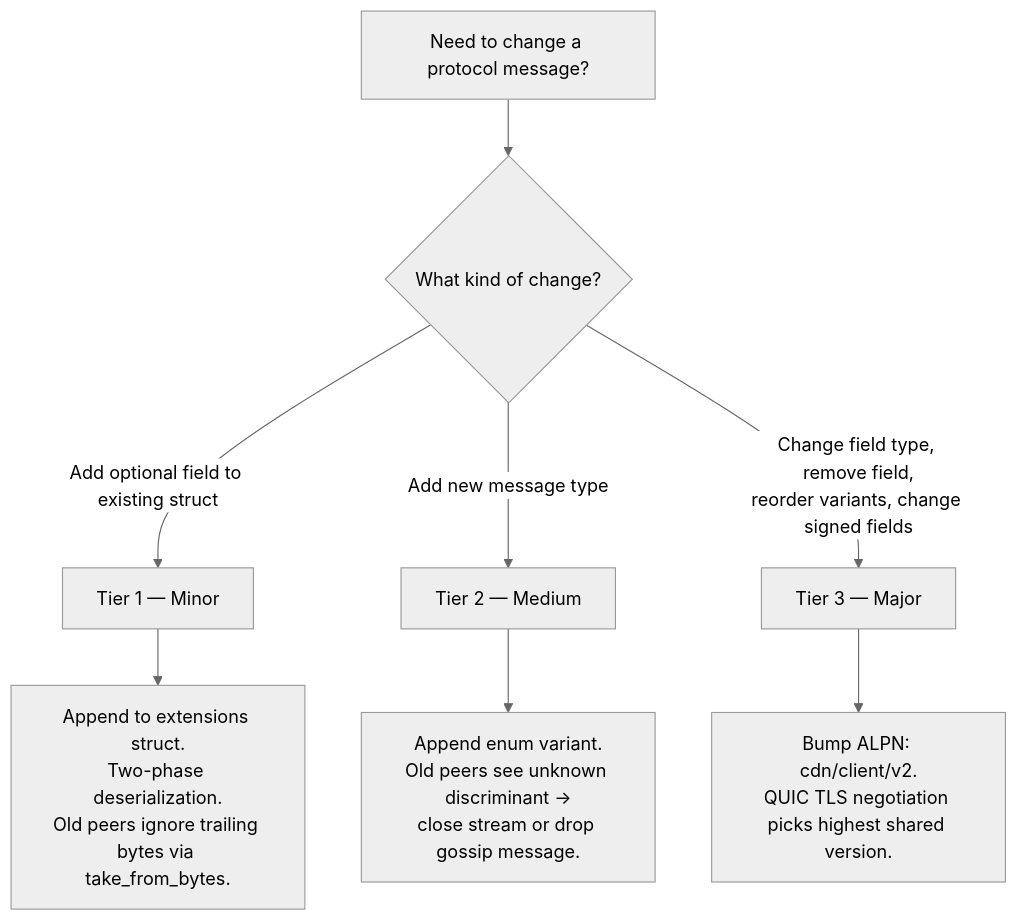
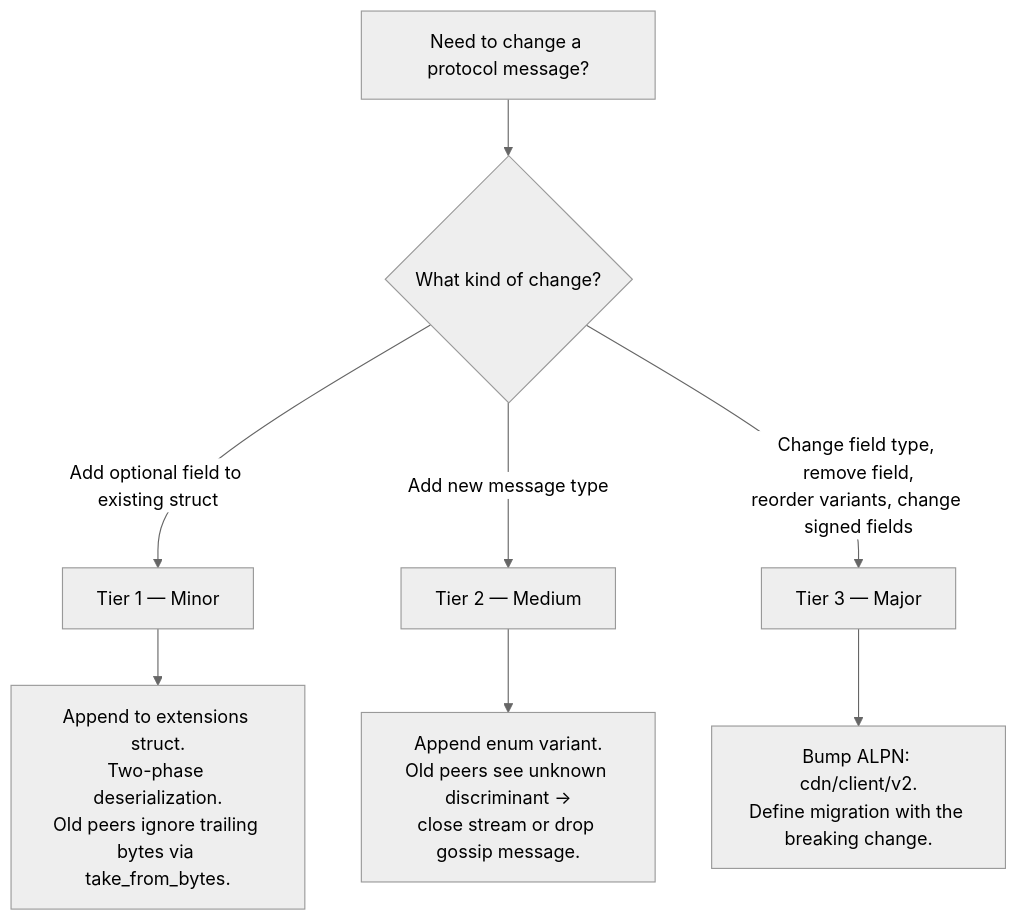
Before and after one commit to decdn/decdn: the diagram in adr/013-schema-evolution.md, drawn with Mermaid (neutral theme). The commit also changed other lines of this file and 3 other files, not shown here.

````diff
--- a/adr/013-schema-evolution.md
+++ b/adr/013-schema-evolution.md
@@ -165,11 +165,11 @@
 ```mermaid
 flowchart TD
     A["Need to change a protocol message?"] --> B{"What kind of change?"}
     B -->|"Add optional field to existing struct"| C["Tier 1 — Minor"]
     B -->|"Add new message type"| D["Tier 2 — Medium"]
     B -->|"Change field type, remove field,\nreorder variants, change signed fields"| E["Tier 3 — Major"]
 
     C --> F["Append to extensions struct.\nTwo-phase deserialization.\nOld peers ignore trailing bytes via take_from_bytes."]
     D --> G["Append enum variant.\nOld peers see unknown discriminant →\nclose stream or drop gossip message."]
-    E --> H["Bump ALPN: cdn/client/v2.\nQUIC TLS negotiation picks highest shared version."]
+    E --> H["Bump ALPN: cdn/client/v2.\nDefine migration with the breaking change."]
 ```
````
